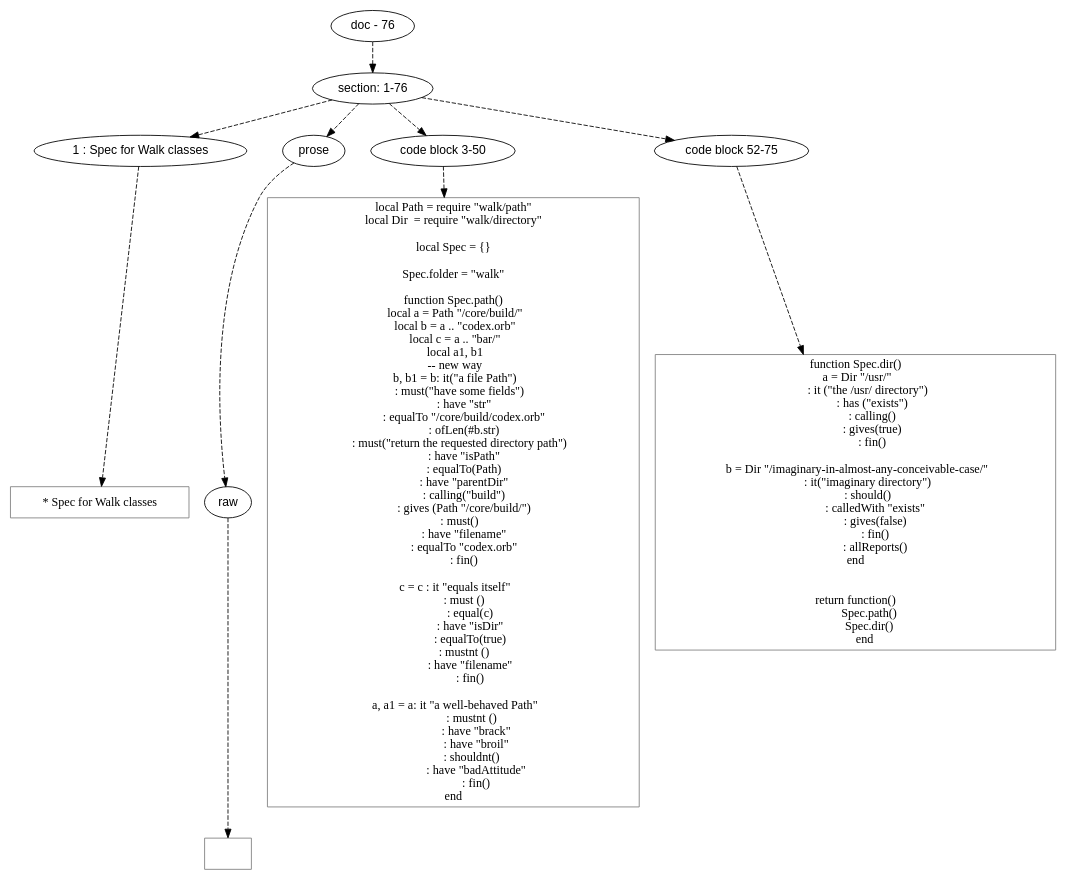
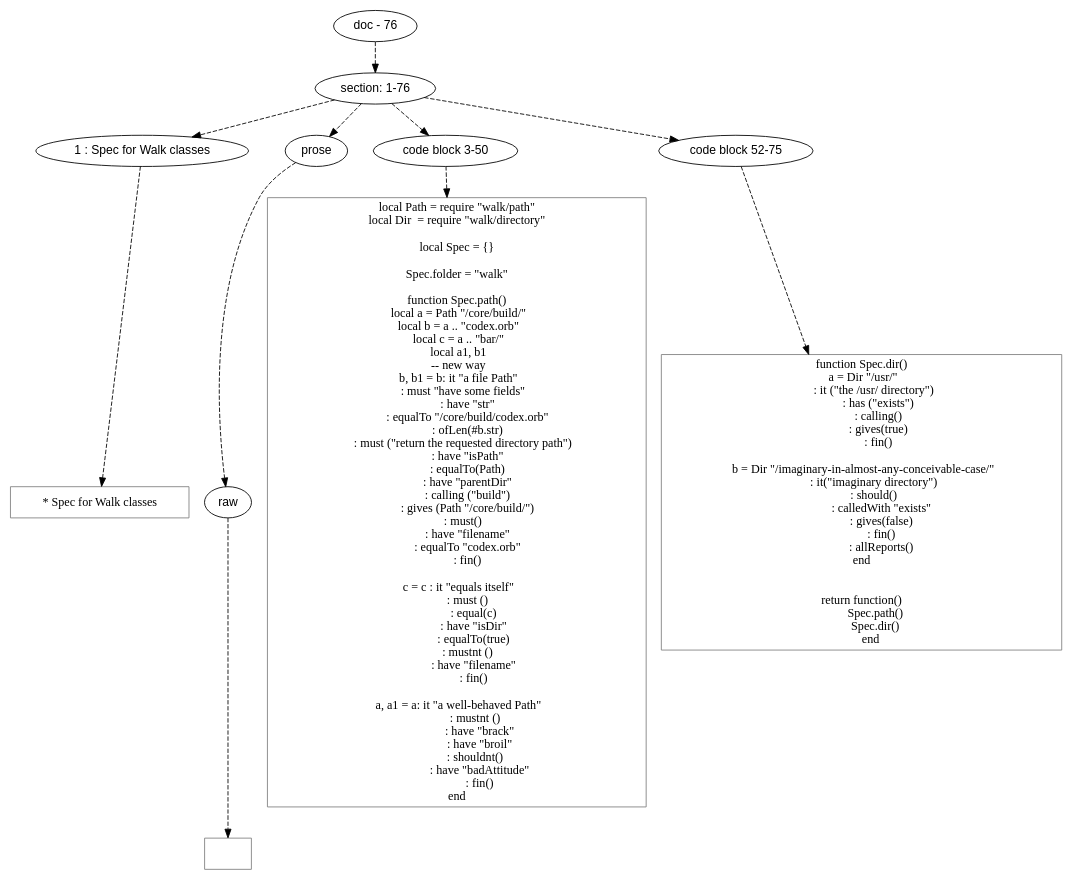
One commit to mnemnion/orb changed the diagram in doc/dot/spec/walk-spec.dot. Above: the diagram before and after it, drawn with Graphviz. The commit also changed 14 other files, not shown here.

```diff
--- a/doc/dot/spec/walk-spec.dot
+++ b/doc/dot/spec/walk-spec.dot
@@ -1,123 +1,123 @@
 digraph lpegNode {
 
 node [fontname=Helvetica]
 edge [style=dashed]
 
 doc_0 [label="doc - 76"]
 
 
 doc_0 -> { section_1}
 {rank=same; section_1}
 
 section_1 [label="section: 1-76"]
 
 
 // END RANK doc_0
 
 section_1 -> { header_2 prose_3 codeblock_4 codeblock_5}
 {rank=same; header_2 prose_3 codeblock_4 codeblock_5}
 
 header_2 [label="1 : Spec for Walk classes"]
 
 prose_3 [label="prose"]
 
 codeblock_4 [label="code block 3-50"]
 
 codeblock_5 [label="code block 52-75"]
 
 
 // END RANK section_1
 
 header_2 -> leaf_6
 leaf_6  [color=Gray,shape=rectangle,fontname=Inconsolata,label="* Spec for Walk classes"]
 // END RANK header_2
 
 prose_3 -> { raw_7}
 {rank=same; raw_7}
 
 raw_7 [label="raw"]
 
 
 // END RANK prose_3
 
 raw_7 -> leaf_8
 leaf_8  [color=Gray,shape=rectangle,fontname=Inconsolata,label="
 "]
 // END RANK raw_7
 
 codeblock_4 -> leaf_9
 leaf_9  [color=Gray,shape=rectangle,fontname=Inconsolata,label="local Path = require \"walk/path\"
 local Dir  = require \"walk/directory\"
 
 local Spec = {}
 
 Spec.folder = \"walk\"
 
 function Spec.path()
   local a = Path \"/core/build/\"
   local b = a .. \"codex.orb\"
   local c = a .. \"bar/\"
   local a1, b1
   -- new way
-  b, b1 = b: it(\"a file Path\")
-     : must(\"have some fields\")
+  b, b1 = b: it \"a file Path\"
+     : must \"have some fields\"
         : have \"str\"
         : equalTo \"/core/build/codex.orb\"
         : ofLen(#b.str)
-     : must(\"return the requested directory path\")
+     : must (\"return the requested directory path\")
         : have \"isPath\"
         : equalTo(Path)
         : have \"parentDir\"
-        : calling(\"build\")
+        : calling (\"build\")
         : gives (Path \"/core/build/\")
      : must()
         : have \"filename\"
         : equalTo \"codex.orb\"
         : fin()
 
   c = c : it \"equals itself\"
         : must ()
             : equal(c)
             : have \"isDir\"
             : equalTo(true)
         : mustnt ()
             : have \"filename\"
             : fin()
 
   a, a1 = a: it \"a well-behaved Path\"
              : mustnt ()
                 : have \"brack\"
                 : have \"broil\"
              : shouldnt()
                 : have \"badAttitude\"
                 : fin()
 end"]
 // END RANK codeblock_4
 
 codeblock_5 -> leaf_10
 leaf_10  [color=Gray,shape=rectangle,fontname=Inconsolata,label="function Spec.dir()
   a = Dir \"/usr/\"
          : it (\"the /usr/ directory\")
             : has (\"exists\")
             : calling()
             : gives(true)
             : fin()
 
   b = Dir \"/imaginary-in-almost-any-conceivable-case/\"
          : it(\"imaginary directory\")
          : should()
               : calledWith \"exists\"
               : gives(false)
               : fin()
               : allReports()
 end
 
 
 return function()
           Spec.path()
           Spec.dir()
        end"]
 // END RANK codeblock_5
 
 
 }
```
